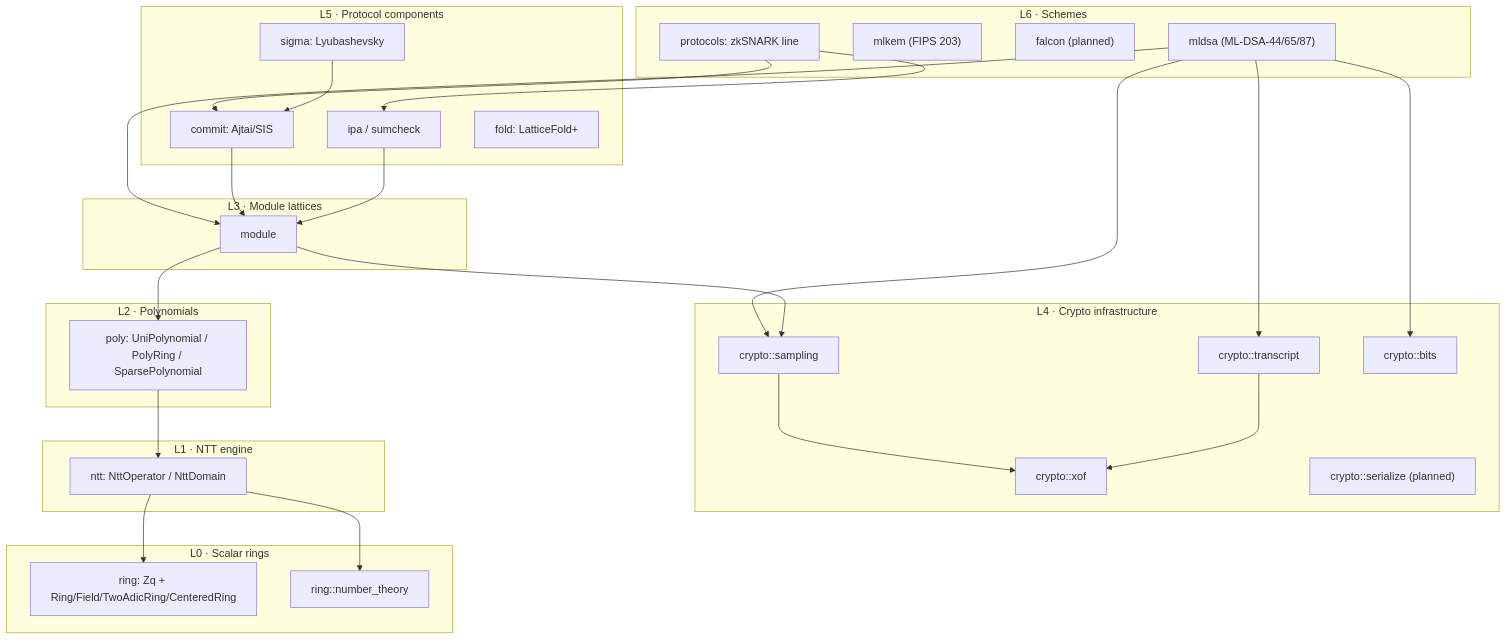
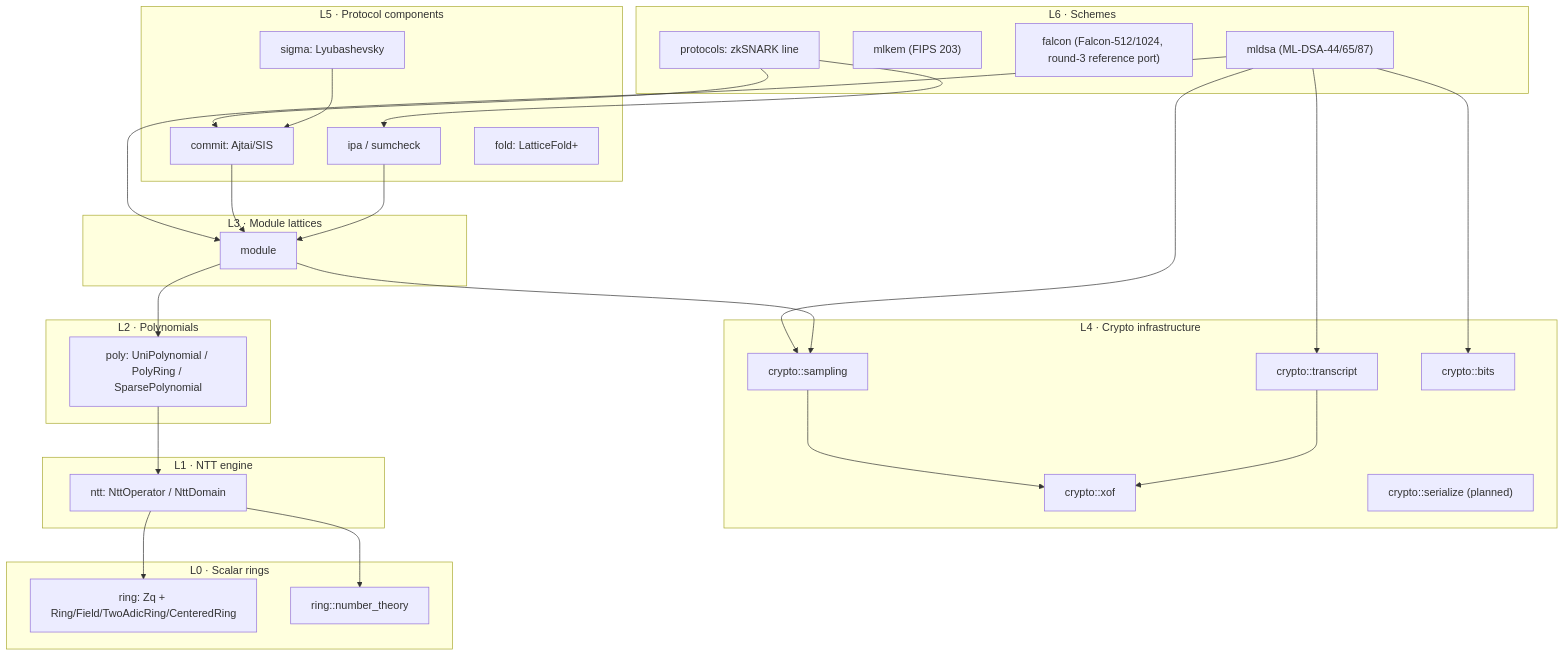
Before and after one commit to SuccinctPaul/lattice-algebra-rs: the diagram in docs/src/pages/design/module-map.mdx, drawn with Mermaid. The commit also changed other lines of this file and 29 other files, not shown here.

````diff
--- a/docs/src/pages/design/module-map.mdx
+++ b/docs/src/pages/design/module-map.mdx
@@ -20,51 +20,51 @@
 ```mermaid
 flowchart TB
     subgraph L6["L6 · Schemes"]
         MLDSA["mldsa (ML-DSA-44/65/87)"]
         MLKEM["mlkem (FIPS 203)"]
-        FALCON["falcon (planned)"]
+        FALCON["falcon (Falcon-512/1024, round-3 reference port)"]
         ZK["protocols: zkSNARK line"]
     end
     subgraph L5["L5 · Protocol components"]
         COMMIT["commit: Ajtai/SIS"]
         SIGMA["sigma: Lyubashevsky"]
         IPA["ipa / sumcheck"]
         FOLD["fold: LatticeFold+"]
     end
     subgraph L4["L4 · Crypto infrastructure"]
         XOF["crypto::xof"]
         SAMP["crypto::sampling"]
         TR["crypto::transcript"]
         BITS["crypto::bits"]
         SER["crypto::serialize (planned)"]
     end
     subgraph L3["L3 · Module lattices"]
         MOD["module"]
     end
     subgraph L2["L2 · Polynomials"]
         POLY["poly: UniPolynomial / PolyRing / SparsePolynomial"]
     end
     subgraph L1["L1 · NTT engine"]
         NTT["ntt: NttOperator / NttDomain"]
     end
     subgraph L0["L0 · Scalar rings"]
         RING["ring: Zq + Ring/Field/TwoAdicRing/CenteredRing"]
         NT["ring::number_theory"]
     end
     MLDSA --> MOD
     MLDSA --> SAMP
     MLDSA --> TR
     MLDSA --> BITS
     ZK --> COMMIT
     ZK --> IPA
     COMMIT --> MOD
     IPA --> MOD
     SIGMA --> COMMIT
     MOD --> POLY
     MOD --> SAMP
     POLY --> NTT
     SAMP --> XOF
     TR --> XOF
     NTT --> RING
     NTT --> NT
 ```
````
